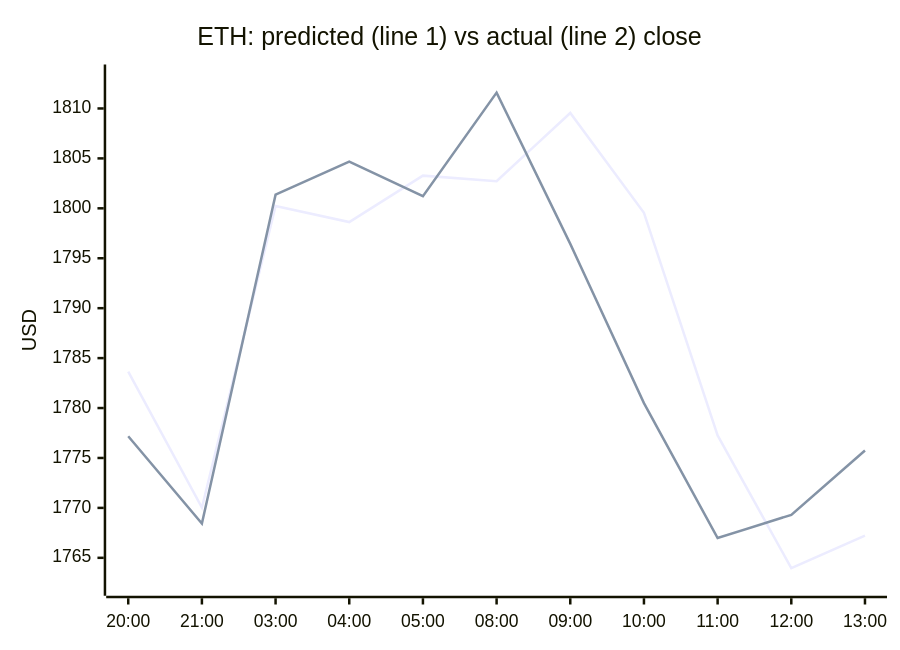
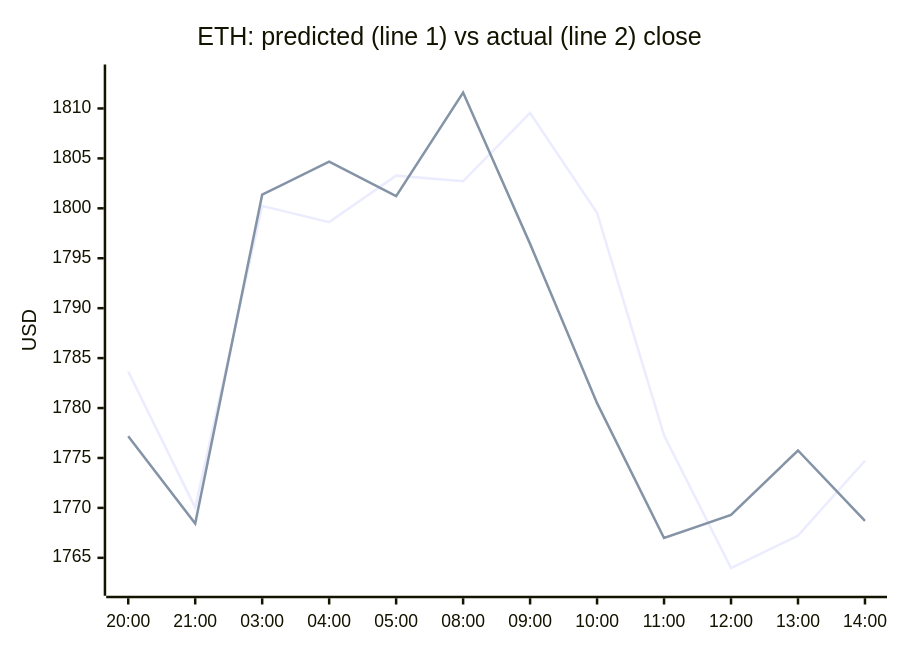
The second of 4 diagrams in README.md (samuelkreitl-wq/crypto-hourly-forecaster), drawn with Mermaid before and after one commit. The commit also changed other lines of this file and 14 other files, not shown here.

````diff
--- a/README.md
+++ b/README.md
@@ -47,8 +47,8 @@
 ```mermaid
 xychart-beta
     title "ETH: predicted (line 1) vs actual (line 2) close"
-    x-axis ["20:00", "21:00", "03:00", "04:00", "05:00", "08:00", "09:00", "10:00", "11:00", "12:00", "13:00"]
+    x-axis ["20:00", "21:00", "03:00", "04:00", "05:00", "08:00", "09:00", "10:00", "11:00", "12:00", "13:00", "14:00"]
     y-axis "USD" 1762.2030 --> 1813.4016
-    line [1783.6536, 1770.0216, 1800.2369, 1798.6210, 1803.2721, 1802.7104, 1809.5477, 1799.5438, 1777.2612, 1763.9669, 1767.2241]
-    line [1777.1700, 1768.4400, 1801.3700, 1804.6700, 1801.2200, 1811.5900, 1796.4400, 1780.4900, 1766.9800, 1769.3000, 1775.7500]
+    line [1783.6536, 1770.0216, 1800.2369, 1798.6210, 1803.2721, 1802.7104, 1809.5477, 1799.5438, 1777.2612, 1763.9669, 1767.2241, 1774.7205]
+    line [1777.1700, 1768.4400, 1801.3700, 1804.6700, 1801.2200, 1811.5900, 1796.4400, 1780.4900, 1766.9800, 1769.3000, 1775.7500, 1768.7100]
 ```
````
